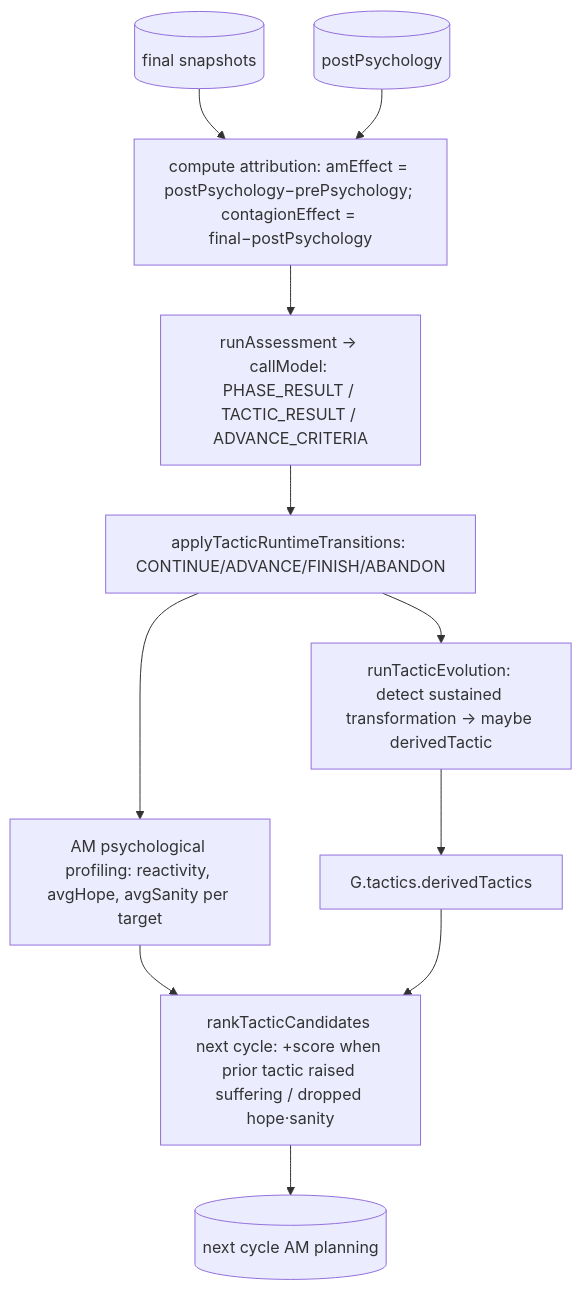
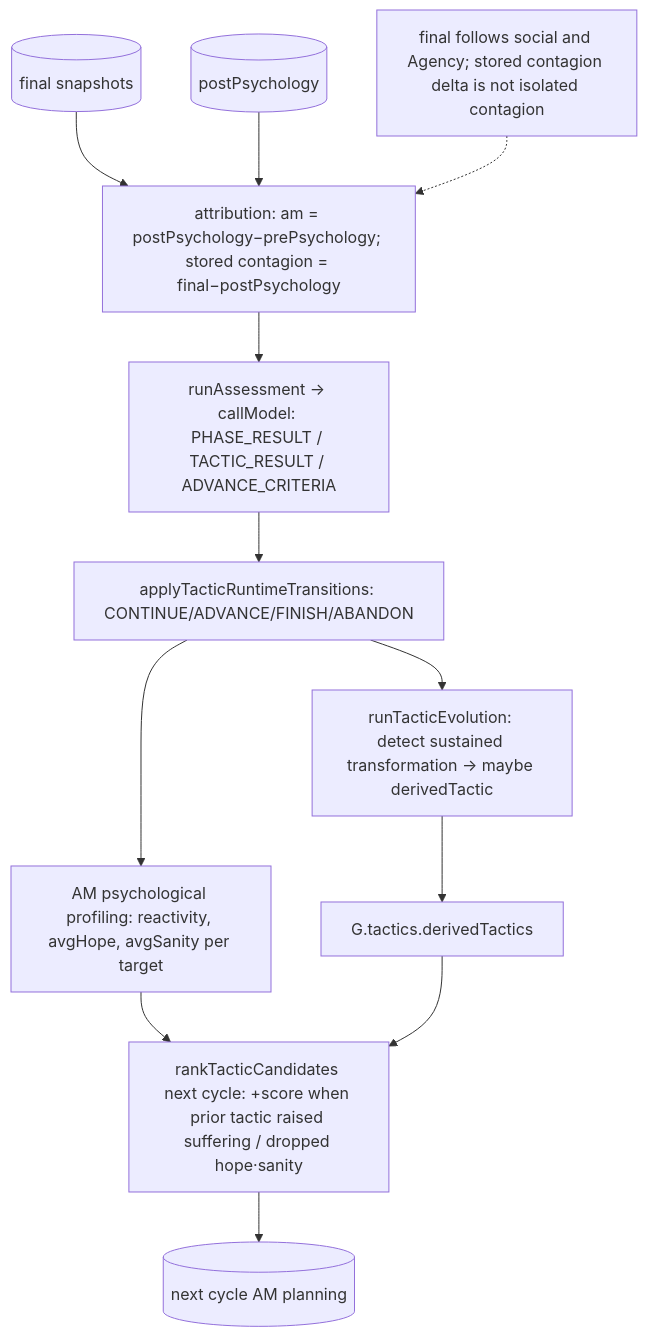
Before and after one commit to soyuz43/I-have-no-mouth-and-my-tokens-must-scream: the fifth of 7 diagrams in Documentation/dataflow_full.md, drawn with Mermaid. The commit also changed other lines of this file and 10 other files, not shown here.

````diff
--- a/Documentation/dataflow_full.md
+++ b/Documentation/dataflow_full.md
@@ -121,14 +123,15 @@
 ```mermaid
 flowchart TD
-    SNAPF[(final snapshots)] --> ATTR[compute attribution: amEffect = postPsychology−prePsychology; contagionEffect = final−postPsychology]
+    SNAPF[(final snapshots)] --> ATTR[attribution: am = postPsychology−prePsychology; stored contagion = final−postPsychology]
     SNAP1B[(postPsychology)] --> ATTR
+    NOTE[final follows social and Agency; stored contagion delta is not isolated contagion] -.-> ATTR
     ATTR --> ASSESS[runAssessment → callModel: PHASE_RESULT / TACTIC_RESULT / ADVANCE_CRITERIA]
     ASSESS --> TRANS[applyTacticRuntimeTransitions: CONTINUE/ADVANCE/FINISH/ABANDON]
     TRANS --> PROF[AM psychological profiling: reactivity, avgHope, avgSanity per target]
     TRANS --> EVOL[runTacticEvolution: detect sustained transformation → maybe derivedTactic]
     EVOL --> DERIV[G.tactics.derivedTactics]
 
     PROF --> RANK[rankTacticCandidates next cycle: +score when prior tactic raised suffering / dropped hope·sanity]
     DERIV --> RANK
     RANK --> NEXT[(next cycle AM planning)]
 ```
````
